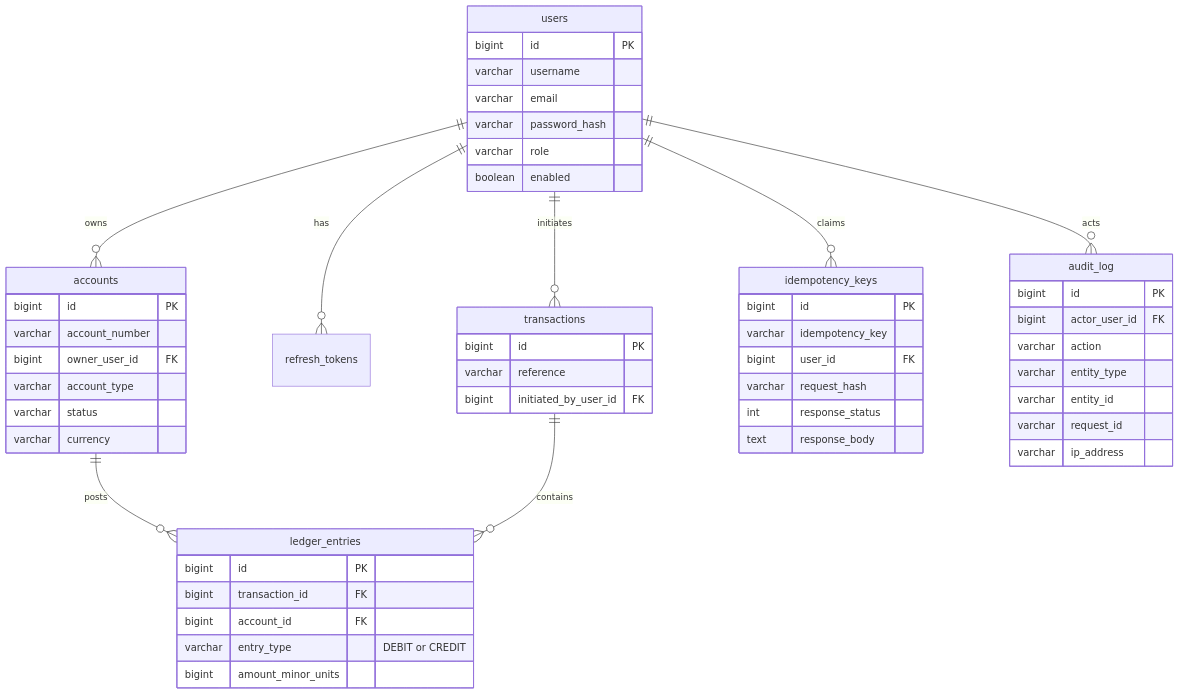
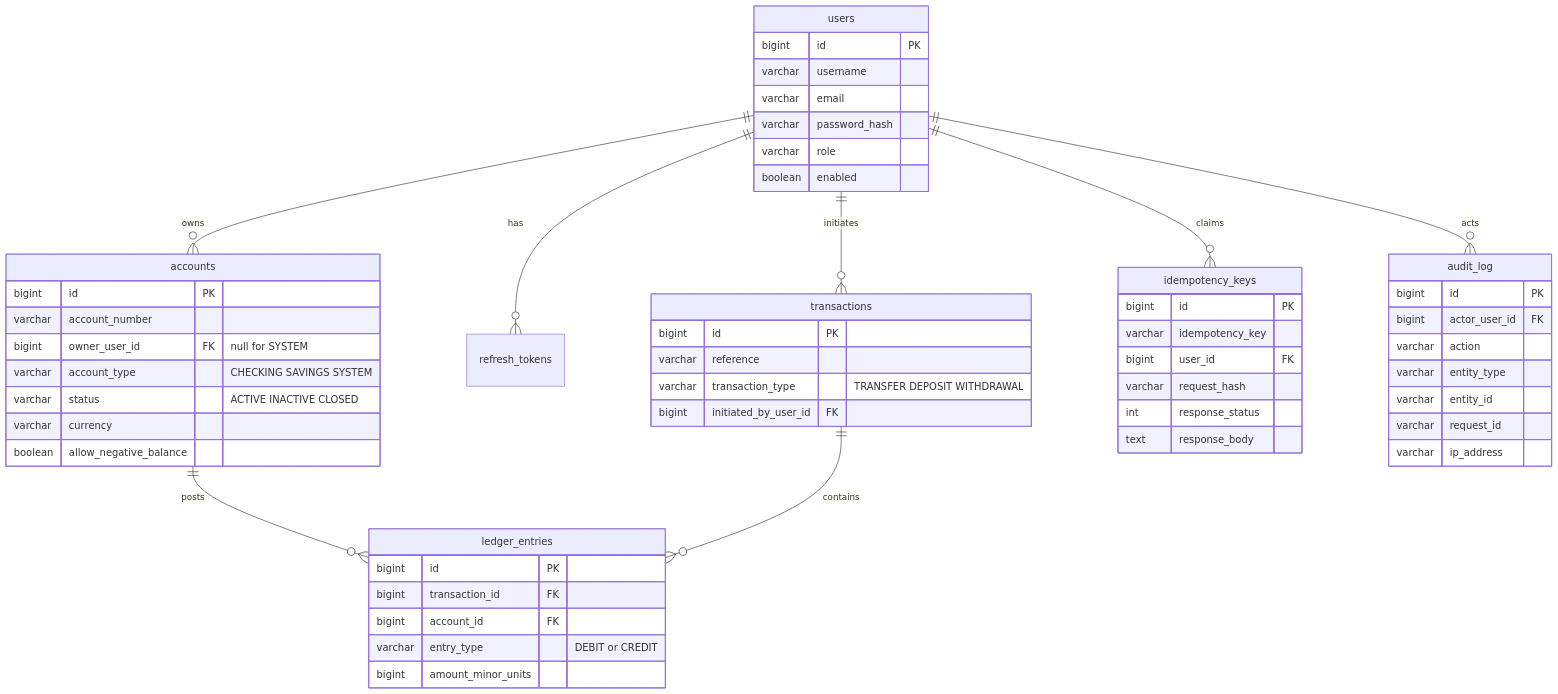
The second of 2 diagrams in README.md (JeyaViknan/penny), drawn with Mermaid before and after one commit. The commit also changed other lines of this file and 36 other files, not shown here.

````diff
--- a/README.md
+++ b/README.md
@@ -143,56 +153,58 @@
 ```mermaid
 erDiagram
     users ||--o{ accounts : owns
     users ||--o{ refresh_tokens : has
     accounts ||--o{ ledger_entries : posts
     transactions ||--o{ ledger_entries : contains
     users ||--o{ transactions : initiates
     users ||--o{ idempotency_keys : claims
     users ||--o{ audit_log : acts
 
     users {
         bigint id PK
         varchar username
         varchar email
         varchar password_hash
         varchar role
         boolean enabled
     }
     accounts {
         bigint id PK
         varchar account_number
-        bigint owner_user_id FK
-        varchar account_type
-        varchar status
+        bigint owner_user_id FK "null for SYSTEM"
+        varchar account_type "CHECKING SAVINGS SYSTEM"
+        varchar status "ACTIVE INACTIVE CLOSED"
         varchar currency
+        boolean allow_negative_balance
     }
     transactions {
         bigint id PK
         varchar reference
+        varchar transaction_type "TRANSFER DEPOSIT WITHDRAWAL"
         bigint initiated_by_user_id FK
     }
     ledger_entries {
         bigint id PK
         bigint transaction_id FK
         bigint account_id FK
         varchar entry_type "DEBIT or CREDIT"
         bigint amount_minor_units
     }
     idempotency_keys {
         bigint id PK
         varchar idempotency_key
         bigint user_id FK
         varchar request_hash
         int response_status
         text response_body
     }
     audit_log {
         bigint id PK
         bigint actor_user_id FK
         varchar action
         varchar entity_type
         varchar entity_id
         varchar request_id
         varchar ip_address
     }
 ```
````
